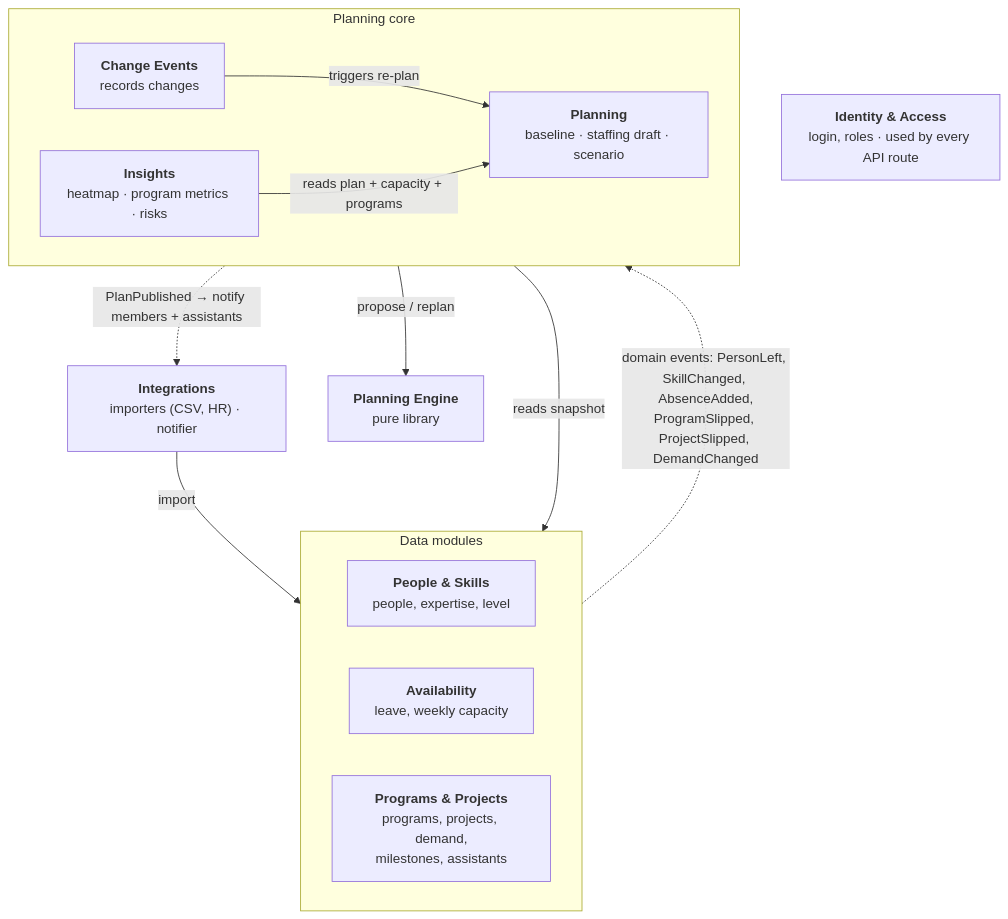
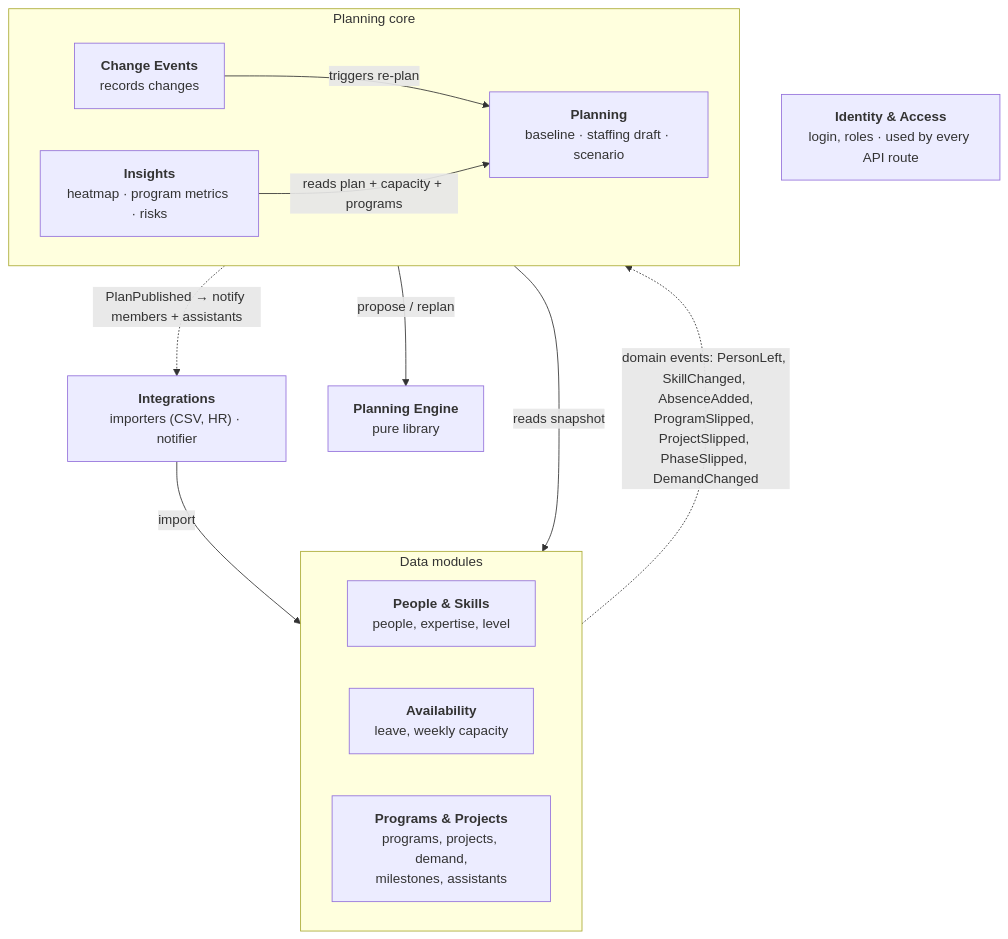
Before and after one commit to dophnamm/the-slot-finder: the third of 8 diagrams in README.md, drawn with Mermaid. The commit also changed other lines of this file and 4 other files, not shown here.

````diff
--- a/README.md
+++ b/README.md
@@ -127,29 +128,29 @@
 ```mermaid
 flowchart TB
   integ["<b>Integrations</b><br/>importers (CSV, HR) · notifier"]
 
   subgraph data["Data modules"]
     direction LR
     people["<b>People & Skills</b><br/>people, expertise, level"]
     avail["<b>Availability</b><br/>leave, weekly capacity"]
     programs["<b>Programs & Projects</b><br/>programs, projects, demand,<br/>milestones, assistants"]
   end
 
   subgraph core["Planning core"]
     direction LR
     events["<b>Change Events</b><br/>records changes"]
     planning["<b>Planning</b><br/>baseline · staffing draft · scenario"]
     insights["<b>Insights</b><br/>heatmap · program metrics · risks"]
   end
 
   engine["<b>Planning Engine</b><br/>pure library"]
   iam["<b>Identity & Access</b><br/>login, roles · used by every API route"]
 
   integ -->|"import"| data
-  data -.->|"domain events: PersonLeft, SkillChanged, AbsenceAdded,<br/>ProgramSlipped, ProjectSlipped, DemandChanged"| events
+  data -.->|"domain events: PersonLeft, SkillChanged, AbsenceAdded,<br/>ProgramSlipped, ProjectSlipped, PhaseSlipped, DemandChanged"| events
   events -->|"triggers re-plan"| planning
   planning -->|"reads snapshot"| data
   insights -->|"reads plan + capacity + programs"| planning
   planning -->|"propose / replan"| engine
   planning -.->|"PlanPublished → notify members + assistants"| integ
 ```
````
